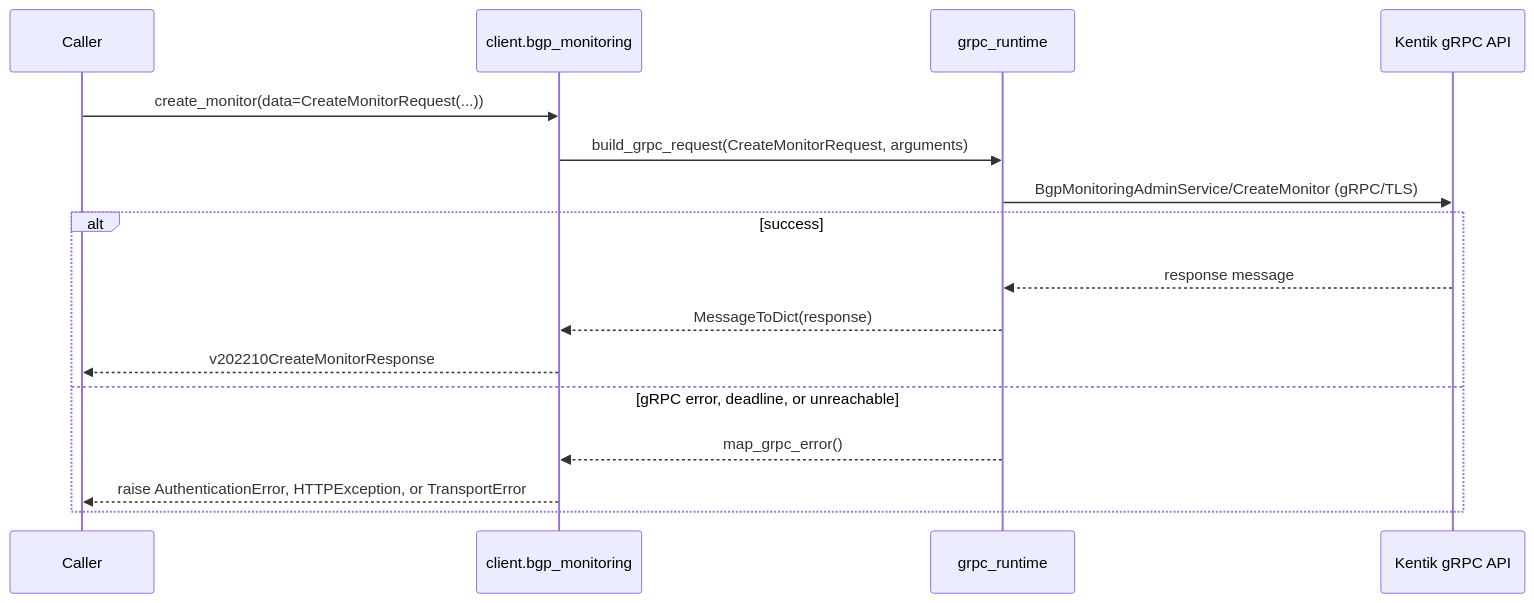
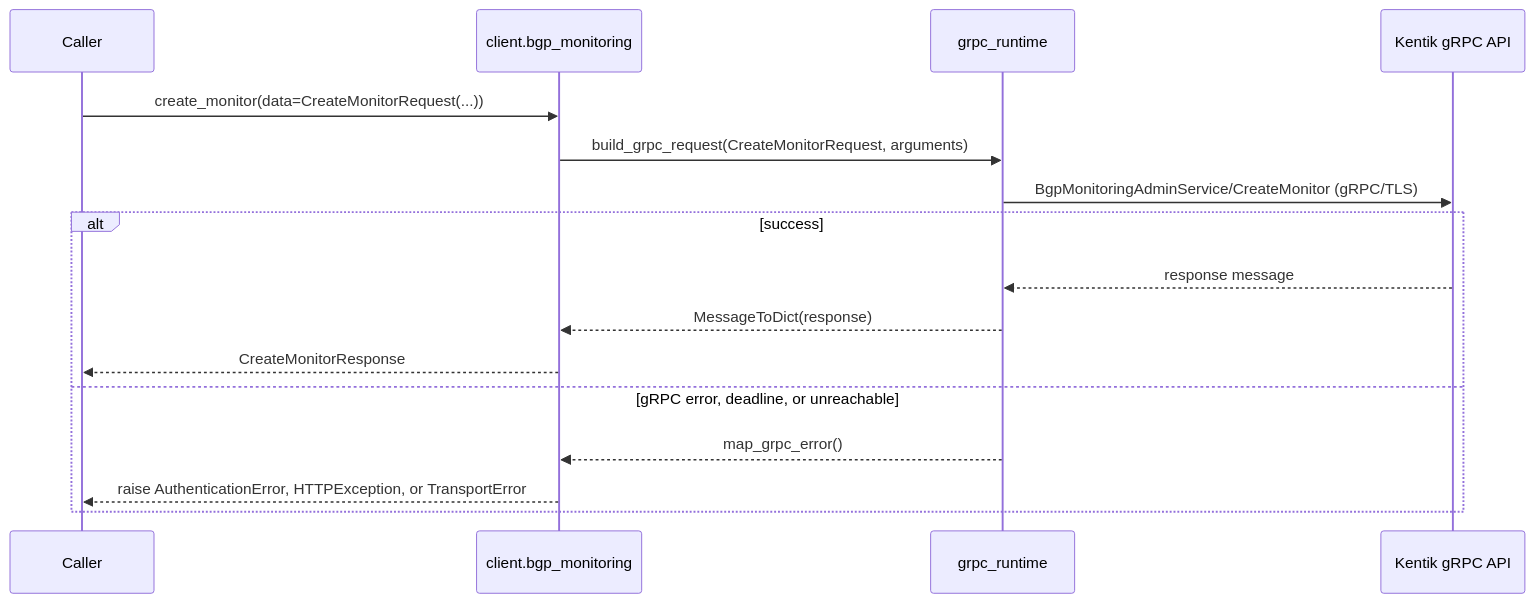
One commit to alexdearaujo/community_sdk_python changed the ninth of 18 diagrams in docs/sphinx/services/bgp_monitoring.md. Above: the diagram before and after it, drawn with Mermaid. The commit also changed other lines of this file and 38 other files, not shown here.

````diff
--- a/docs/sphinx/services/bgp_monitoring.md
+++ b/docs/sphinx/services/bgp_monitoring.md
@@ -281,19 +281,19 @@
 ```mermaid
 sequenceDiagram
     participant C as Caller
     participant W as client.bgp_monitoring
     participant R as grpc_runtime
     participant API as Kentik gRPC API
 
     C->>W: create_monitor(data=CreateMonitorRequest(...))
     W->>R: build_grpc_request(CreateMonitorRequest, arguments)
     R->>API: BgpMonitoringAdminService/CreateMonitor (gRPC/TLS)
     alt success
         API-->>R: response message
         R-->>W: MessageToDict(response)
-        W-->>C: v202210CreateMonitorResponse
+        W-->>C: CreateMonitorResponse
     else gRPC error, deadline, or unreachable
         R-->>W: map_grpc_error()
         W-->>C: raise AuthenticationError, HTTPException, or TransportError
     end
 ```
````
